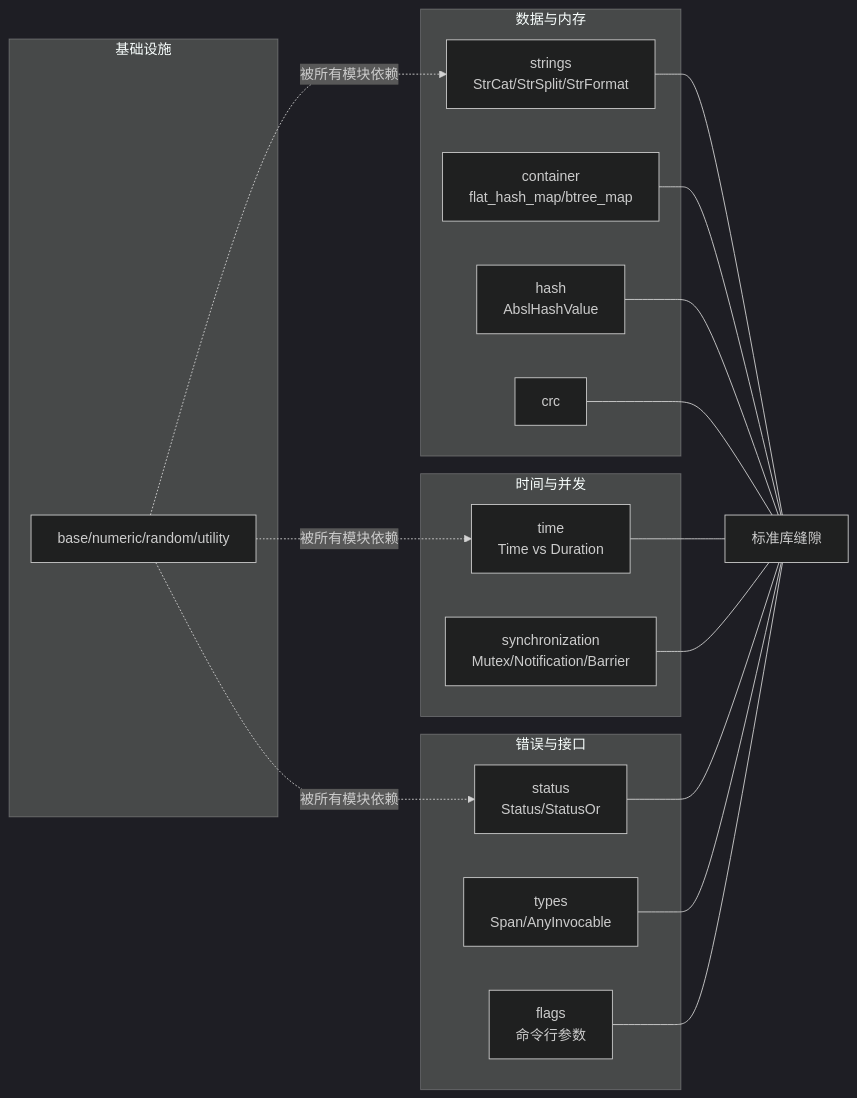
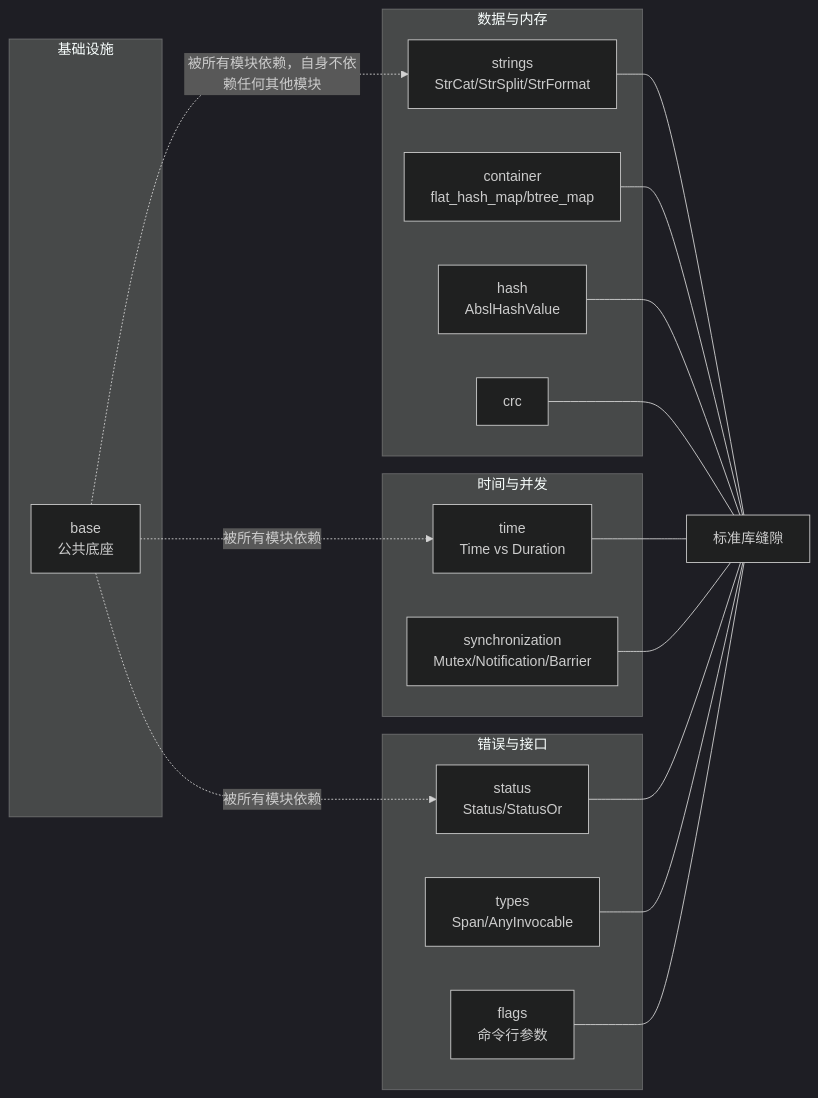
Before and after one commit to A1pha3/text-matrix: the diagram in content/posts/tech/abseil-abseil-cpp-google-cpp-common-libraries-guide.md, drawn with Mermaid (dark theme). The commit also changed other lines of this file and 21 other files, not shown here.

````diff
--- a/content/posts/tech/abseil-abseil-cpp-google-cpp-common-libraries-guide.md
+++ b/content/posts/tech/abseil-abseil-cpp-google-cpp-common-libraries-guide.md
@@ -35,27 +37,27 @@
 ```mermaid
 flowchart LR
     subgraph 数据与内存
         A1[strings<br/>StrCat/StrSplit/StrFormat]
         A2[container<br/>flat_hash_map/btree_map]
         A3[hash<br/>AbslHashValue]
         A4[crc]
     end
     subgraph 时间与并发
         B1[time<br/>Time vs Duration]
         B2[synchronization<br/>Mutex/Notification/Barrier]
     end
     subgraph 错误与接口
         C1[status<br/>Status/StatusOr]
         C2[types<br/>Span/AnyInvocable]
         C3[flags<br/>命令行参数]
     end
     subgraph 基础设施
-        D1[base/numeric/random/utility]
+        D1[base<br/>公共底座]
     end
     A1 & A2 & A3 & A4 --- 标准库缝隙
     B1 & B2 --- 标准库缝隙
     C1 & C2 & C3 --- 标准库缝隙
-    D1 -. 被所有模块依赖 .-> A1
+    D1 -. 被所有模块依赖，自身不依赖任何其他模块 .-> A1
     D1 -. 被所有模块依赖 .-> B1
     D1 -. 被所有模块依赖 .-> C1
 ```
````
